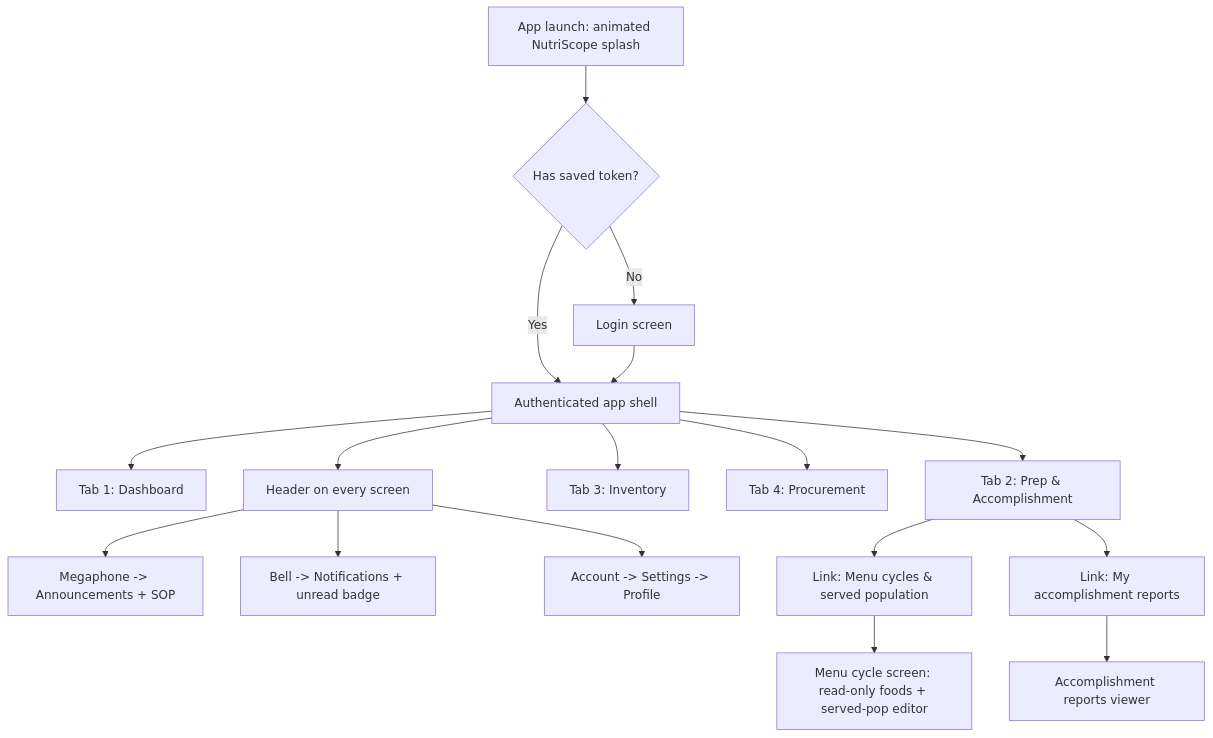
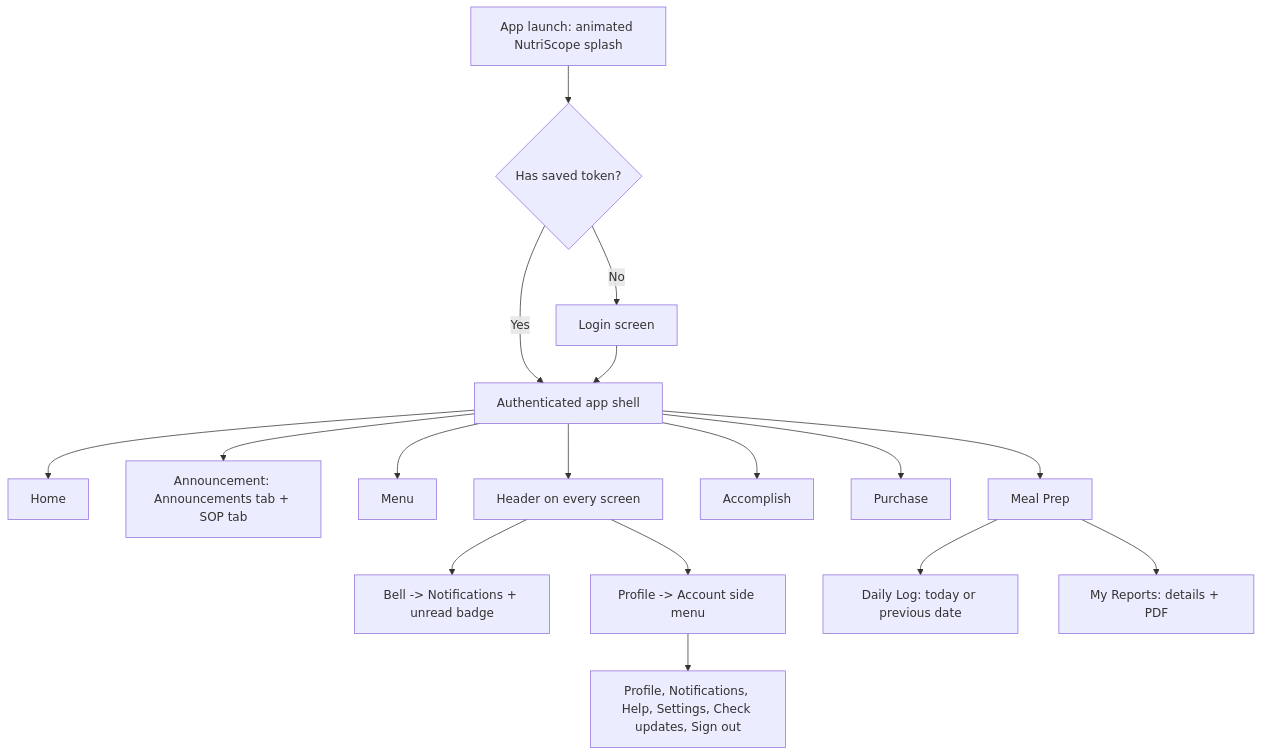
Before and after one commit to ja2gc/Nutriscope: the fourth of 9 diagrams in docs/module-workflow-flowchart.md, drawn with Mermaid. The commit also changed other lines of this file and 99 other files, not shown here.

````diff
--- a/docs/module-workflow-flowchart.md
+++ b/docs/module-workflow-flowchart.md
@@ -165,22 +165,22 @@
 ```mermaid
 flowchart TD
     SPL["App launch: animated NutriScope splash"] --> LOG{"Has saved token?"}
     LOG -->|"No"| LOGIN["Login screen"]
     LOG -->|"Yes"| TABS
     LOGIN --> TABS["Authenticated app shell"]
 
-    TABS --> T1["Tab 1: Dashboard"]
-    TABS --> T2["Tab 2: Prep & Accomplishment"]
-    TABS --> T3["Tab 3: Inventory"]
-    TABS --> T4["Tab 4: Procurement"]
+    TABS --> T1["Home"]
+    TABS --> T2["Announcement: Announcements tab + SOP tab"]
+    TABS --> T3["Menu"]
+    TABS --> T4["Meal Prep"]
+    TABS --> T5["Accomplish"]
+    TABS --> T6["Purchase"]
 
     TABS --> HDR["Header on every screen"]
-    HDR --> H1["Megaphone -> Announcements + SOP"]
-    HDR --> H2["Bell -> Notifications + unread badge"]
-    HDR --> H3["Account -> Settings -> Profile"]
+    HDR --> H1["Bell -> Notifications + unread badge"]
+    HDR --> H2["Profile -> Account side menu"]
+    H2 --> SIDE["Profile, Notifications, Help, Settings, Check updates, Sign out"]
 
-    T2 --> L1["Link: Menu cycles & served population"]
-    T2 --> L2["Link: My accomplishment reports"]
-    L1 --> MENU["Menu cycle screen: read-only foods + served-pop editor"]
-    L2 --> REP["Accomplishment reports viewer"]
+    T4 --> L1["Daily Log: today or previous date"]
+    T4 --> L2["My Reports: details + PDF"]
 ```
````
